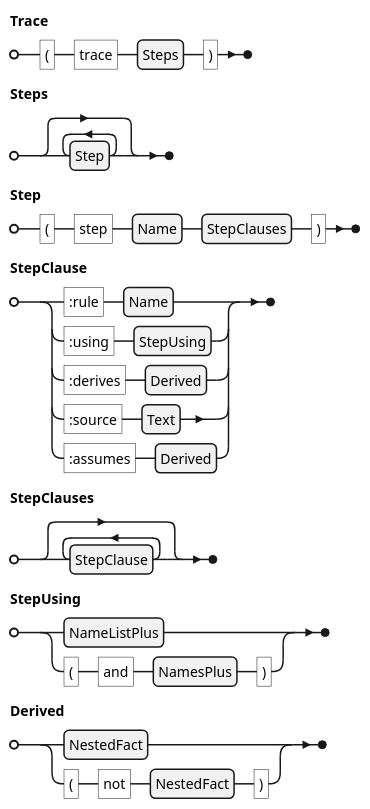
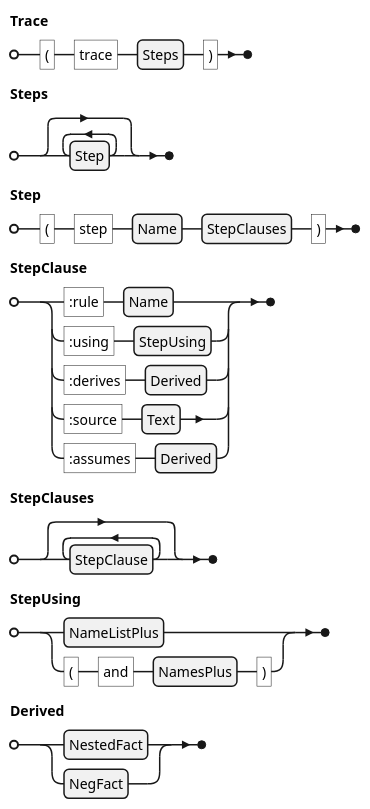
One commit to agutikov/ein changed the diagram in docs/ein/user/04-reference/diagrams/01-grammar-phrase-trace.puml. Above: the diagram before and after it, drawn with PlantUML. The commit also changed 45 other files, not shown here.

```diff
--- a/docs/ein/user/04-reference/diagrams/01-grammar-phrase-trace.puml
+++ b/docs/ein/user/04-reference/diagrams/01-grammar-phrase-trace.puml
@@ -1,14 +1,14 @@
 @startebnf
 Trace = "(" , "trace" , Steps , ")" ;
 Steps = { Step } ;
 Step = "(" , "step" , Name , StepClauses , ")" ;
 StepClause =
     ":rule" , Name
   | ":using" , StepUsing
   | ":derives" , Derived
   | ":source" , Text
   | ":assumes" , Derived ;
 StepClauses = { StepClause } ;
 StepUsing = NameListPlus | "(" , "and" , NamesPlus , ")" ;
-Derived = NestedFact | "(" , "not" , NestedFact , ")" ;
+Derived = NestedFact | NegFact ;
 @endebnf
```
